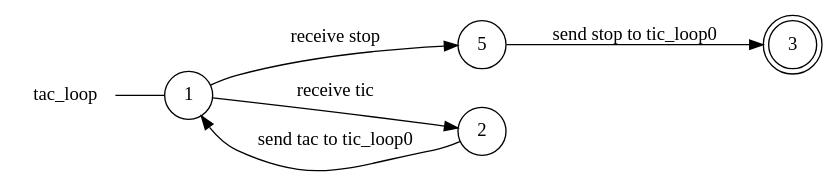
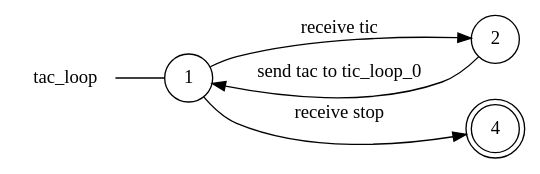
One commit to gabrielegenovese/chorer changed the diagram in examples/ticktack/tac_loop_local_view.dot. Above: the diagram before and after it, drawn with Graphviz. The commit also changed 8 other files, not shown here.

```diff
--- a/examples/ticktack/tac_loop_local_view.dot
+++ b/examples/ticktack/tac_loop_local_view.dot
@@ -1,14 +1,12 @@
 digraph tac_loop {
 	rankdir="LR";
 	n_0 [label="tac_loop", shape="plaintext"];
-	n_1 [id="5", shape=circle, label="5"];
-	n_2 [id="1", shape=circle, label="1"];
-	n_0 -> n_2 [arrowhead=none];
-	n_3 [id="2", shape=circle, label="2"];
-	n_4 [id="3", shape=doublecircle, label="3"];
+	n_1 [id="1", shape=circle, label="1"];
+	n_0 -> n_1 [arrowhead=none];
+	n_2 [id="2", shape=circle, label="2"];
+	n_3 [id="4", shape=doublecircle, label="4"];
 
-	n_2 -> n_3 [id="[$e|2]", label="receive tic"];
-	n_1 -> n_4 [id="[$e|0]", label="send stop to tic_loop0"];
-	n_3 -> n_2 [id="[$e|6]", label="send tac to tic_loop0"];
-	n_2 -> n_1 [id="[$e|3]", label="receive stop"];
+	n_1 -> n_3 [id="[$e|2]", label="receive stop"];
+	n_1 -> n_2 [id="[$e|1]", label="receive tic"];
+	n_2 -> n_1 [id="[$e|5]", label="send tac to tic_loop_0"];
 }
```
